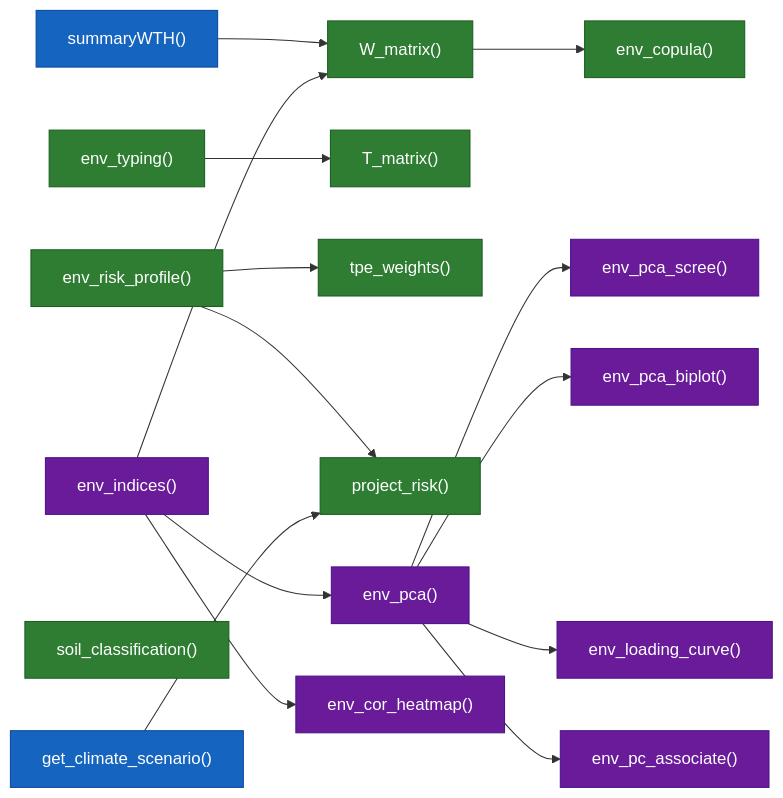
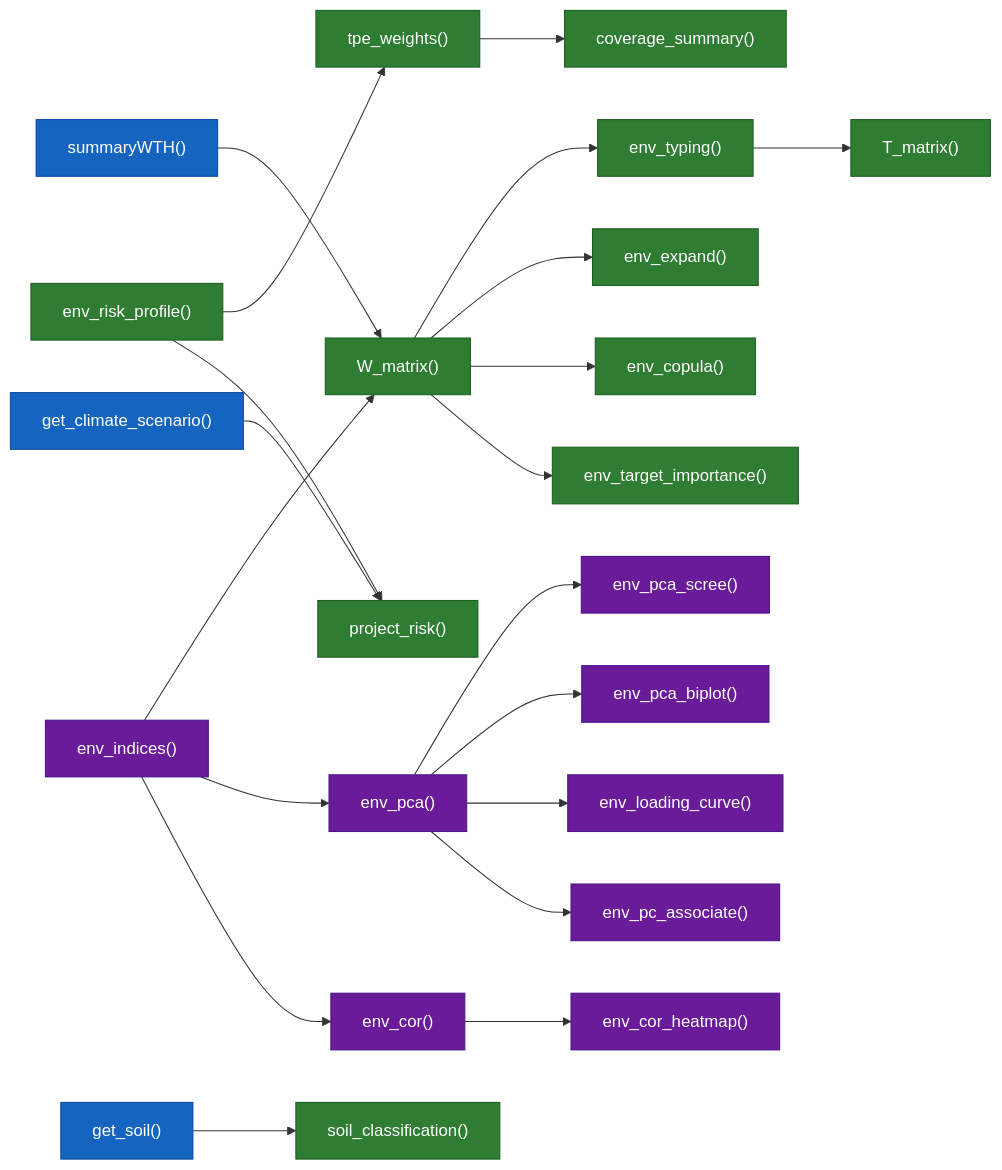
The third of 5 diagrams in README.md (gcostaneto/EnvRtype), drawn with Mermaid before and after one commit. The commit also changed other lines of this file, not shown here.

````diff
--- a/README.md
+++ b/README.md
@@ -138,42 +167,53 @@
 ```mermaid
 flowchart LR
   SWT["summaryWTH()"]
+  GS["get_soil()"]
   WM["W_matrix()"]
   ETYP["env_typing()"]
   TM["T_matrix()"]
+  EEX["env_expand()"]
   ECOP["env_copula()"]
   ERP["env_risk_profile()"]
   TPW["tpe_weights()"]
   PRK["project_risk()"]
+  ETI["env_target_importance()"]
+  CVS["coverage_summary()"]
   GCS["get_climate_scenario()"]
   SCL["soil_classification()"]
 
   EIX["env_indices()"]
   EPC["env_pca()"]
   EPS["env_pca_scree()"]
   EPB["env_pca_biplot()"]
   ELC["env_loading_curve()"]
+  ECOR["env_cor()"]
   ECH["env_cor_heatmap()"]
   EPA["env_pc_associate()"]
 
   SWT --> WM
+  WM --> ETYP
   ETYP --> TM
+  WM --> EEX
   WM --> ECOP
+  WM --> ETI
   ERP --> TPW
   ERP --> PRK
   GCS --> PRK
+  TPW --> CVS
+  GS --> SCL
   EIX --> WM
   EIX --> EPC
-  EIX --> ECH
+  EIX --> ECOR
+  ECOR --> ECH
   EPC --> EPS
   EPC --> EPB
   EPC --> ELC
   EPC --> EPA
 
   classDef char fill:#2e7d32,stroke:#1b5e20,color:#fff
   classDef dis fill:#6a1b9a,stroke:#4a148c,color:#fff
   classDef collect fill:#1565c0,stroke:#0d47a1,color:#fff
-  class WM,ETYP,TM,ECOP,ERP,TPW,PRK,SCL char
-  class EIX,EPC,EPS,EPB,ELC,ECH,EPA dis
-  class SWT,GCS collect
+  class WM,ETYP,TM,EEX,ECOP,ERP,TPW,PRK,ETI,CVS,SCL char
+  class EIX,EPC,EPS,EPB,ELC,ECOR,ECH,EPA dis
+  class SWT,GS,GCS collect
 ```
````
